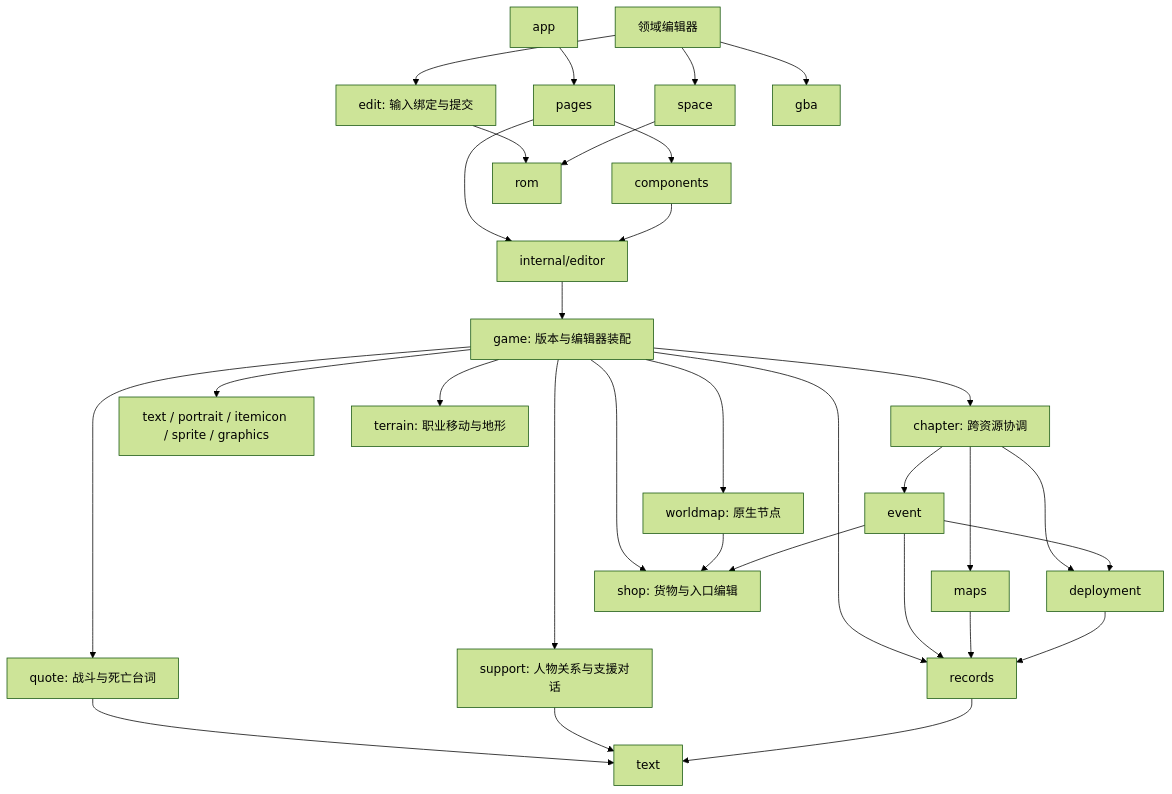
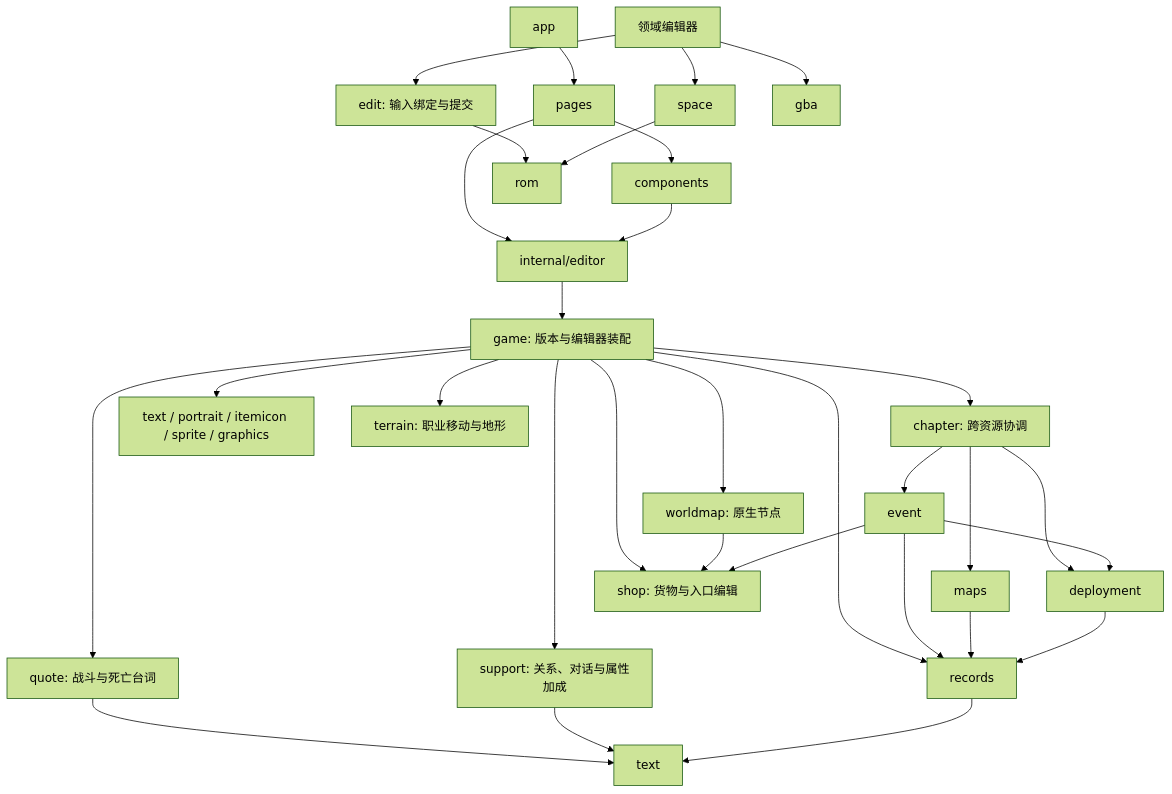
The first of 2 diagrams in docs/architecture.md (woxQAQ/febuildergba-mygo), drawn with Mermaid (forest theme) before and after one commit. The commit also changed other lines of this file and 24 other files, not shown here.

````diff
--- a/docs/architecture.md
+++ b/docs/architecture.md
@@ -58,33 +58,33 @@
 ```mermaid
 flowchart TD
     App[app] --> Pages[pages]
     Pages --> Components[components]
     Pages --> State[internal/editor]
     Components --> State
     State --> Game[game: 版本与编辑器装配]
     Game --> Chapter[chapter: 跨资源协调]
     Game --> Records[records]
     Game --> Media[text / portrait / itemicon / sprite / graphics]
     Chapter --> Maps[maps]
     Chapter --> Event[event]
     Chapter --> Deployment[deployment]
     Event --> Deployment
     Game --> Quote[quote: 战斗与死亡台词]
     Quote --> Text
-    Game --> Support[support: 人物关系与支援对话]
+    Game --> Support[support: 关系、对话与属性加成]
     Game --> Terrain[terrain: 职业移动与地形]
     Support --> Text
     Game --> Shop[shop: 货物与入口编辑]
     Game --> Worldmap[worldmap: 原生节点]
     Worldmap --> Shop
     Event --> Shop
     Event --> Records
     Maps --> Records
     Deployment --> Records
     Records --> Text[text]
     Domain[领域编辑器] --> Edit[edit: 输入绑定与提交]
     Edit --> ROM[rom]
     Domain --> Space[space]
     Domain --> GBA[gba]
     Space --> ROM
 ```
````
